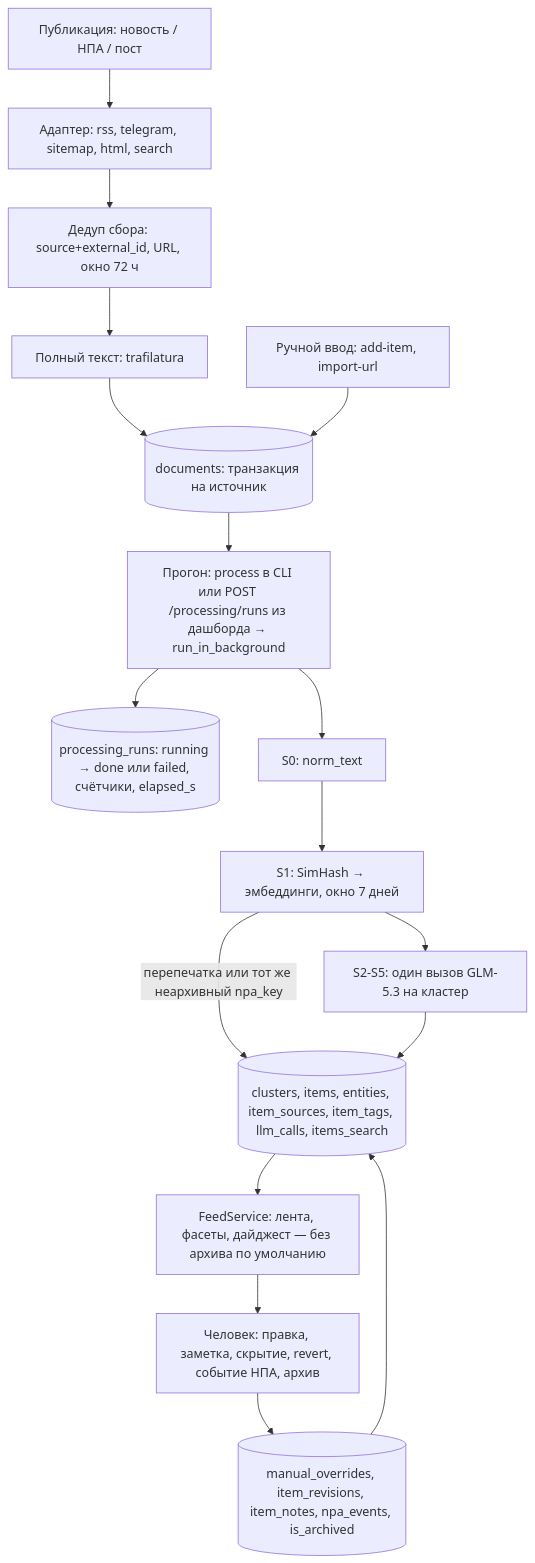
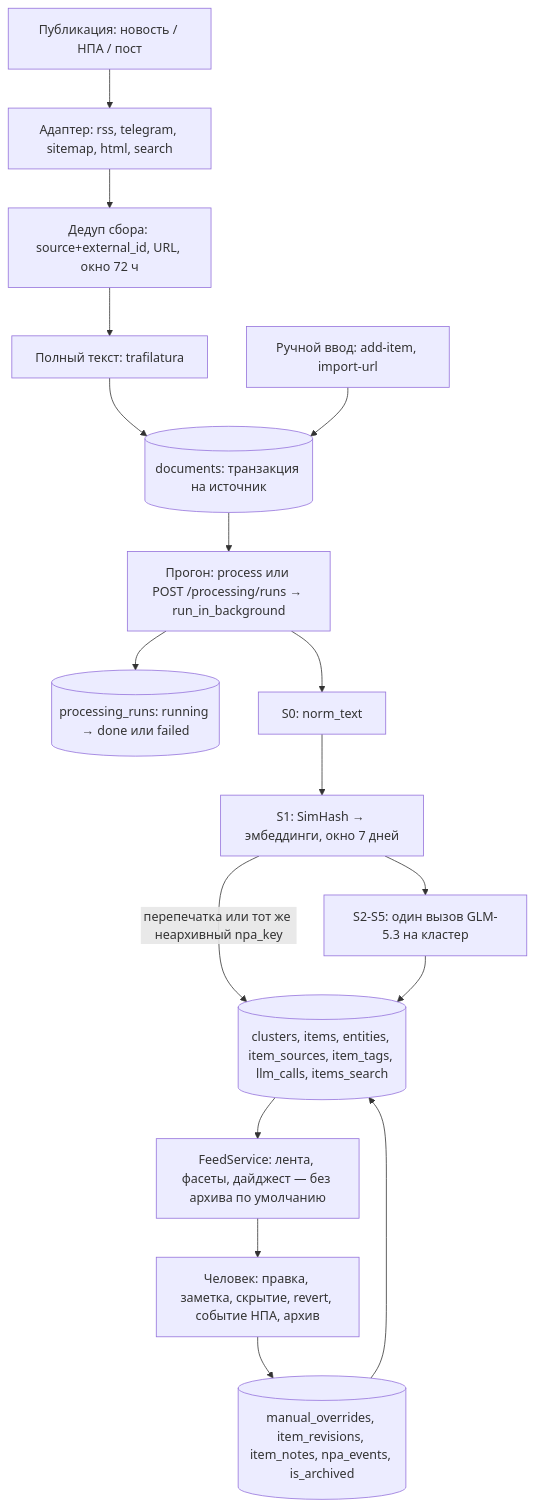
One commit to youngwow/ai-analytics-hub changed the third of 4 diagrams in docs/architecture.md. Above: the diagram before and after it, drawn with Mermaid. The commit also changed other lines of this file and 17 other files, not shown here.

````diff
--- a/docs/architecture.md
+++ b/docs/architecture.md
@@ -94,19 +129,19 @@
 ```mermaid
 flowchart TD
     S[Публикация: новость / НПА / пост] --> AD[Адаптер: rss, telegram, sitemap, html, search]
     AD --> DD1[Дедуп сбора: source+external_id, URL, окно 72 ч]
     DD1 --> FT[Полный текст: trafilatura]
     FT --> ST[(documents: транзакция на источник)]
     M[Ручной ввод: add-item, import-url] --> ST
-    ST --> PRUN[Прогон: process в CLI или POST /processing/runs из дашборда → run_in_background]
-    PRUN --> PRT[(processing_runs: running → done или failed, счётчики, elapsed_s)]
+    ST --> PRUN[Прогон: process или POST /processing/runs → run_in_background]
+    PRUN --> PRT[(processing_runs: running → done или failed)]
     PRUN --> N[S0: norm_text]
     N --> DD2[S1: SimHash → эмбеддинги, окно 7 дней]
     DD2 -->|перепечатка или тот же неархивный npa_key| IT
     DD2 --> LLM[S2-S5: один вызов GLM-5.3 на кластер]
     LLM --> IT[(clusters, items, entities, item_sources, item_tags, llm_calls, items_search)]
     IT --> FEED[FeedService: лента, фасеты, дайджест — без архива по умолчанию]
     FEED --> EDIT[Человек: правка, заметка, скрытие, revert, событие НПА, архив]
     EDIT --> HIST[(manual_overrides, item_revisions, item_notes, npa_events, is_archived)]
     HIST --> IT
 ```
````
